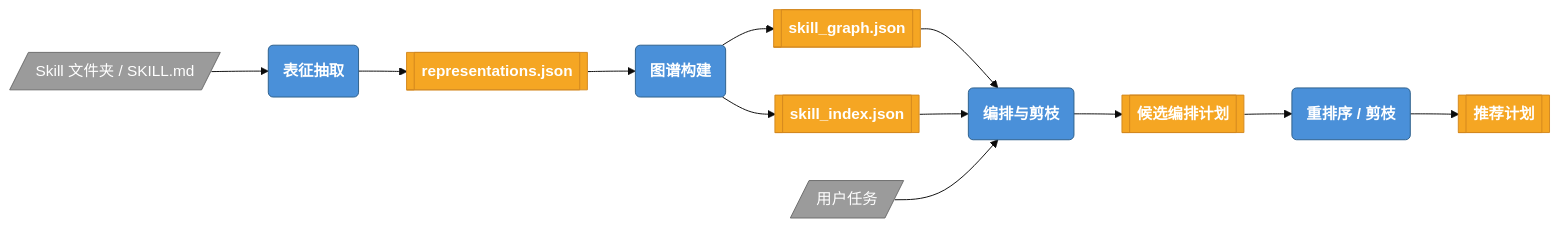
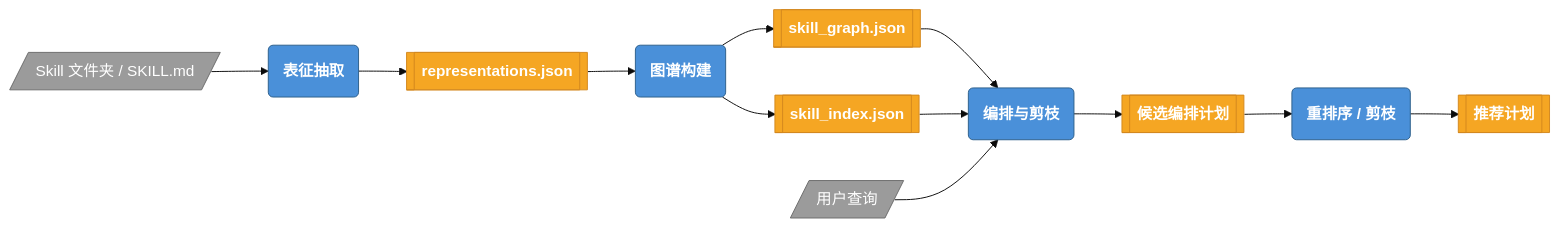
One commit to xiao-yu-lin/SkillMash changed the first of 5 diagrams in 设计说明书.md. Above: the diagram before and after it, drawn with Mermaid (base theme).

Commit message:
docs: refine input terminology in design flowchart
Changed the flowchart input label from "User Task" (用户任务) to "User Query" (用户查询) to better describe the input source for the orchestration process.

````diff
--- a/设计说明书.md
+++ b/设计说明书.md
@@ -48,22 +48,22 @@
 ```mermaid
 flowchart LR
   Root[/"Skill 文件夹 / SKILL.md"/] --> Extract("表征抽取")
   Extract --> Repr[["representations.json"]]
   Repr --> GraphBuild("图谱构建")
   GraphBuild --> Graph[["skill_graph.json"]]
   GraphBuild --> Index[["skill_index.json"]]
   Graph --> Orchestrate("编排与剪枝")
   Index --> Orchestrate
-  Query[/"用户任务"/] --> Orchestrate
+  Query[/"用户查询"/] --> Orchestrate
   Orchestrate --> Plans[["候选编排计划"]]
   Plans --> Rerank("重排序 / 剪枝")
   Rerank --> Recommended[["推荐计划"]]
 
   classDef process fill:#4A90D9,stroke:#2C5F8A,color:#fff,font-weight:bold
   classDef product fill:#F5A623,stroke:#D4881F,color:#fff,font-weight:bold
   classDef input fill:#9B9B9B,stroke:#6B6B6B,color:#fff
 
   class Extract,GraphBuild,Orchestrate,Rerank process
   class Repr,Graph,Index,Plans,Recommended product
   class Root,Query input
 ```
````
